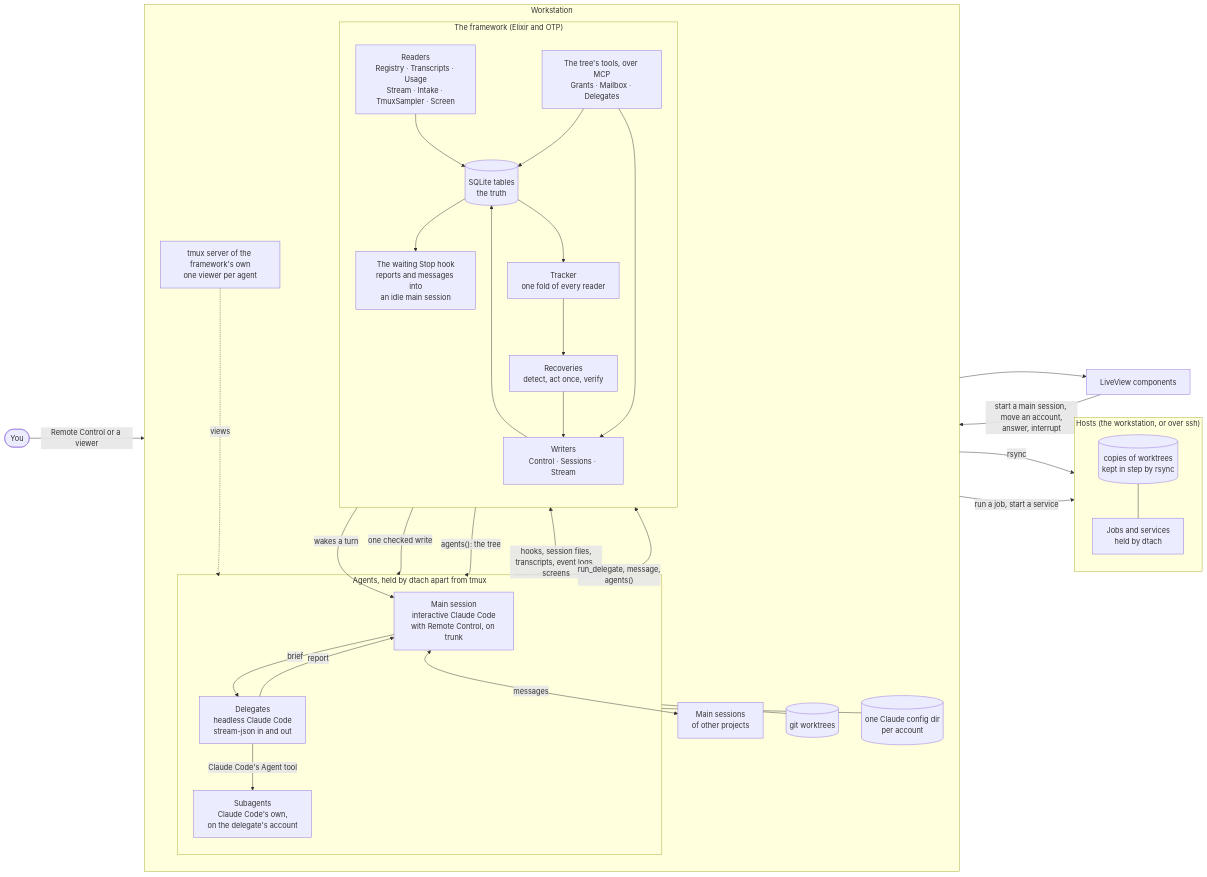
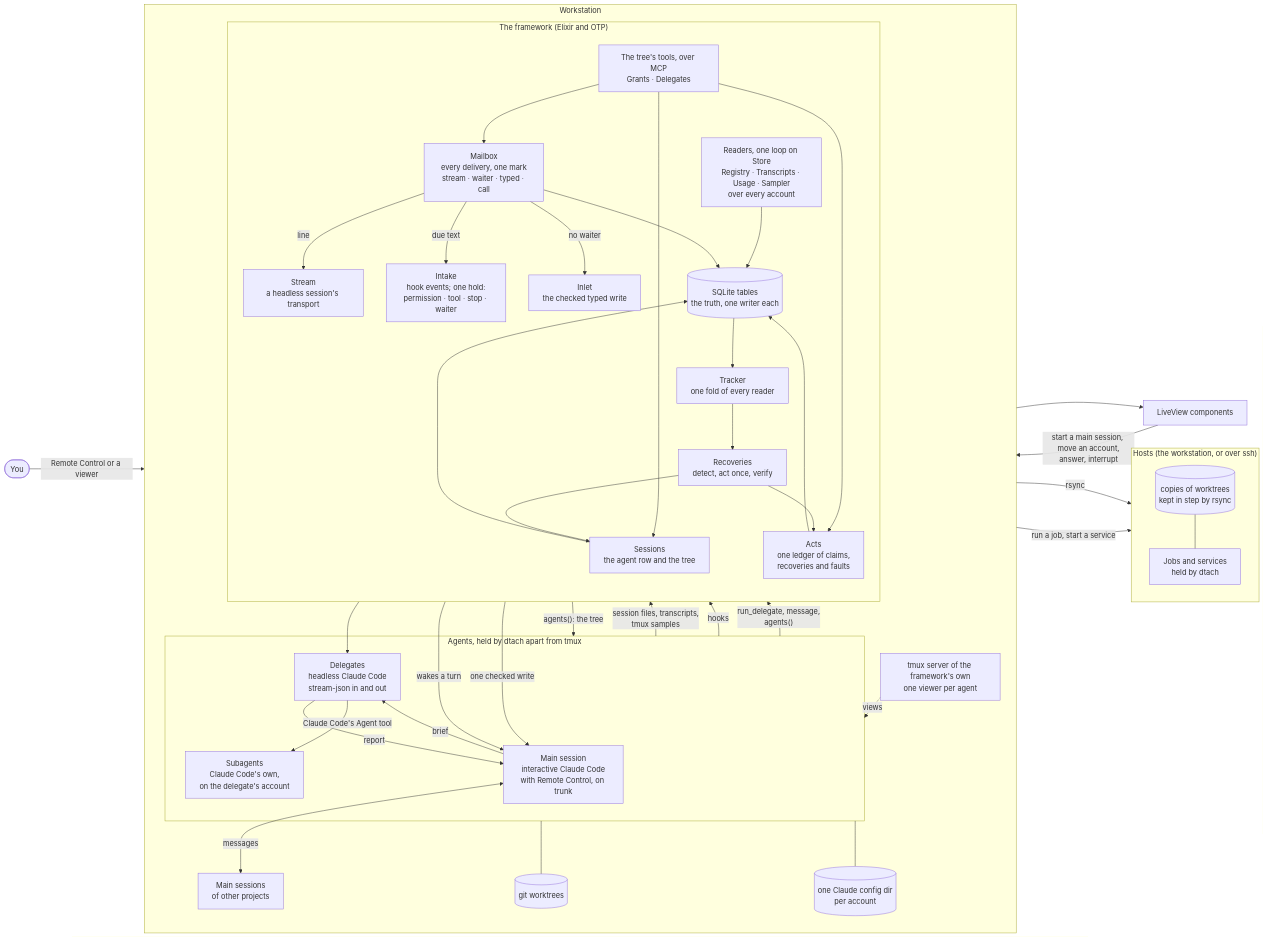
The first of 2 diagrams in README.md (SushyDev/coding_agent_framework), drawn with Mermaid before and after one commit. The commit also changed other lines of this file and 2 other files, not shown here.

Commit message:
F-116: the remodel F-115 proposed, folded into the design
The target parts (Store, Reader, Cues, Holder.Process, Inlet, Acts; Sessions as the agent
row and tree, Delegates as the protocol, Mailbox as every delivery, Intake with one hold of
four kinds), the model (Claim, Hold, Delivery) and the path R1 to R12 before the rest of
items 13 and 14. README's overview chart and Status follow.

Claude-Session: https://claude.ai/code/session_01EZNNmpur1MRpqnqABrmtty

````diff
--- a/README.md
+++ b/README.md
@@ -27,63 +31,75 @@
 ```mermaid
 flowchart LR
   person([You])
 
   subgraph ws["Workstation"]
     direction TB
     subgraph tree["Agents, held by dtach apart from tmux"]
       main["Main session<br/>interactive Claude Code<br/>with Remote Control, on trunk"]
       delegate["Delegates<br/>headless Claude Code<br/>stream-json in and out"]
       sub["Subagents<br/>Claude Code's own,<br/>on the delegate's account"]
     end
     otherMain["Main sessions<br/>of other projects"]
     tmux["tmux server of the framework's own<br/>one viewer per agent"]
     worktrees[("git worktrees")]
     configs[("one Claude config dir<br/>per account")]
 
     subgraph framework["The framework (Elixir and OTP)"]
       direction TB
-      readers["Readers<br/>Registry · Transcripts · Usage<br/>Stream · Intake · TmuxSampler · Screen"]
-      writers["Writers<br/>Control · Sessions · Stream"]
-      tools["The tree's tools, over MCP<br/>Grants · Mailbox · Delegates"]
-      waiter["The waiting Stop hook<br/>reports and messages into<br/>an idle main session"]
+      readers["Readers, one loop on Store<br/>Registry · Transcripts · Usage · Sampler<br/>over every account"]
+      sessions["Sessions<br/>the agent row and the tree"]
+      intake["Intake<br/>hook events; one hold:<br/>permission · tool · stop · waiter"]
+      mailbox["Mailbox<br/>every delivery, one mark<br/>stream · waiter · typed · call"]
+      inlet["Inlet<br/>the checked typed write"]
+      stream["Stream<br/>a headless session's transport"]
+      tools["The tree's tools, over MCP<br/>Grants · Delegates"]
+      acts["Acts<br/>one ledger of claims,<br/>recoveries and faults"]
       tracker["Tracker<br/>one fold of every reader"]
       recoveries["Recoveries<br/>detect, act once, verify"]
-      db[("SQLite tables<br/>the truth")]
+      db[("SQLite tables<br/>the truth, one writer each")]
     end
   end
 
   subgraph hosts["Hosts (the workstation, or over ssh)"]
     direction TB
     copies[("copies of worktrees<br/>kept in step by rsync")]
     work["Jobs and services<br/>held by dtach"]
   end
 
   ui["LiveView components"]
 
   person -->|Remote Control or a viewer| main
   main <-->|messages| otherMain
   main -->|brief| delegate
   delegate -->|report| main
   delegate -->|Claude Code's Agent tool| sub
   tree -->|run a job, start a service| work
   worktrees -->|rsync| copies
   copies --- work
   tmux -.->|views| tree
   tree --- worktrees
   tree --- configs
-  tree -->|hooks, session files,<br/>transcripts, event logs, screens| readers
-  writers -->|one checked write| tree
+  tree -->|session files, transcripts,<br/>tmux samples| readers
+  tree -->|hooks| intake
   tree -->|"run_delegate, message,<br/>agents()"| tools
-  tools --> writers
-  tools --> db
-  waiter -->|wakes a turn| main
-  db --> waiter
+  tools --> sessions
+  tools --> mailbox
+  tools --> acts
+  mailbox -->|line| stream
+  mailbox -->|due text| intake
+  mailbox -->|no waiter| inlet
+  stream --> delegate
+  intake -->|wakes a turn| main
+  inlet -->|one checked write| main
   readers --> db
-  writers --> db
+  sessions --> db
+  mailbox --> db
+  acts --> db
   db --> tracker
   tracker --> recoveries
-  recoveries --> writers
+  recoveries --> acts
+  recoveries --> sessions
   tracker --> ui
   tracker -->|"agents(): the tree"| tree
-  ui -->|start a main session, move an account,<br/>answer, interrupt| writers
+  ui -->|start a main session, move an account,<br/>answer, interrupt| tools
 ```
````
